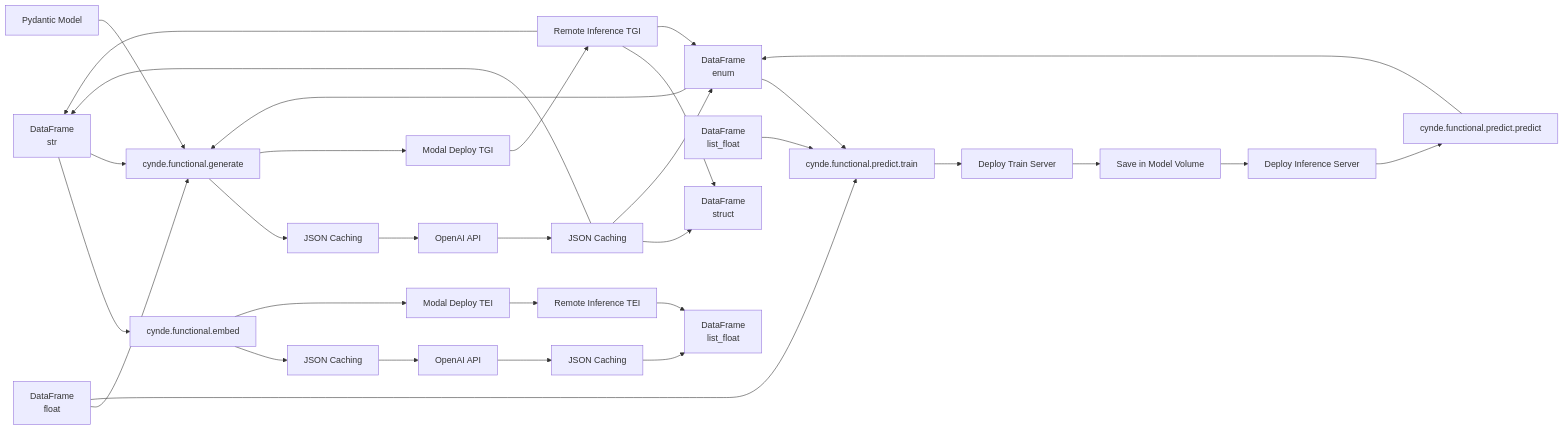
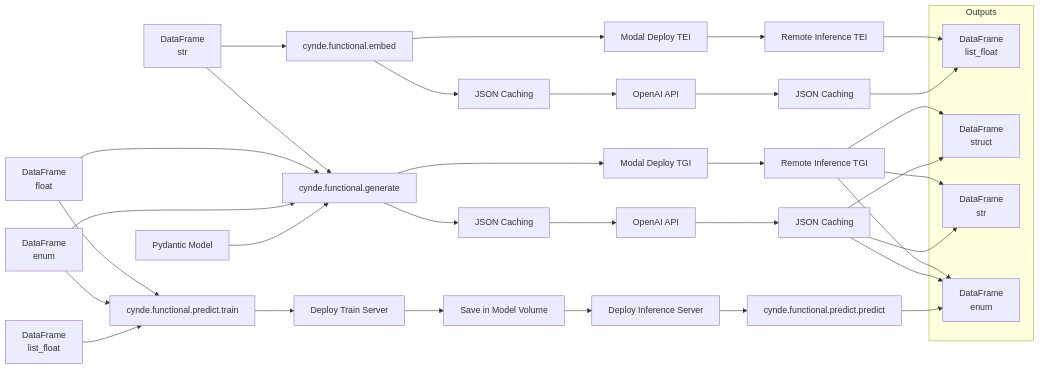
Before and after one commit to Neural-Dragon-AI/Cynde: the diagram in drawings.md, drawn with Mermaid. The commit also changed other lines of this file, not shown here.

````diff
--- a/drawings.md
+++ b/drawings.md
@@ -3,38 +3,45 @@
 ```mermaid
 graph LR
     A[DataFrame<br>str] --> B[cynde.functional.embed]
     A --> C[cynde.functional.generate]
     D[DataFrame<br>float] --> C
     E[DataFrame<br>enum] --> C
     D --> F[cynde.functional.predict.train]
     E --> F
     G[DataFrame<br>list_float] --> F
 
     H[Pydantic Model] --> C
 
     B --> I[JSON Caching]
     B --> J[Modal Deploy TEI]
     I --> K[OpenAI API]
     J --> L[Remote Inference TEI]
     K --> M[JSON Caching]
-    L --> N[DataFrame<br>list_float]
+    L --> N
     M --> N
 
     C --> O[JSON Caching]
     C --> P[Modal Deploy TGI]
     O --> Q[OpenAI API]
     P --> R[Remote Inference TGI]
     Q --> S[JSON Caching]
-    R --> T[DataFrame<br>struct]
-    R --> A
-    R --> E
+    R --> T
+    R --> A2
+    R --> E2
     S --> T
-    S --> A
-    S --> E
+    S --> A2
+    S --> E2
 
     F --> U[Deploy Train Server]
     U --> V[Save in Model Volume]
     V --> W[Deploy Inference Server]
     W --> X[cynde.functional.predict.predict]
-    X --> E
+    X --> E2
+
+    subgraph Outputs
+        A2[DataFrame<br>str]
+        E2[DataFrame<br>enum]
+        N[DataFrame<br>list_float]
+        T[DataFrame<br>struct]
+    end
 ```
````
